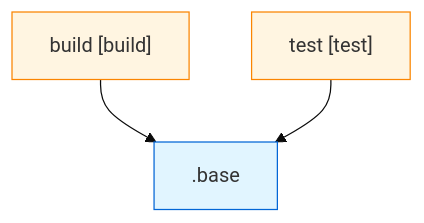
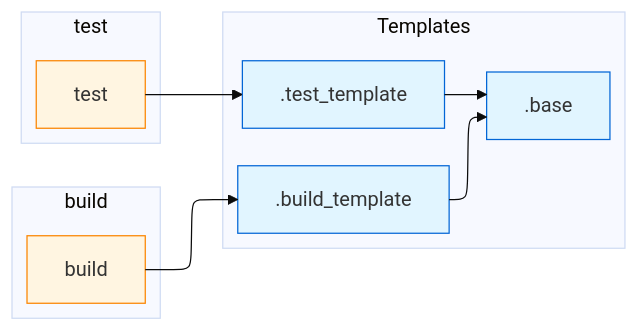
Before and after one commit to noxify/gitlab-ci-builder: the diagram in README.md, drawn with Mermaid (base theme). The commit also changed other lines of this file and 13 other files, not shown here.

````diff
--- a/README.md
+++ b/README.md
@@ -475,11 +475,29 @@
 ```mermaid
-graph TD
-  n0["build [build]"]:::job
-  n1[".base"]:::template
-  n2["test [test]"]:::job
-  n0 --> n1
-  n2 --> n1
+---
+config:
+  layout: elk
+---
+graph LR
   classDef template fill:#e1f5ff,stroke:#0366d6
   classDef job fill:#fff5e1,stroke:#fb8500
   classDef remote fill:#ffe1f5,stroke:#c026d3
+
+  subgraph Templates
+    n1[".build_template"]:::template
+    n2[".base"]:::template
+    n4[".test_template"]:::template
+  end
+
+  subgraph "build"
+    n0["build"]:::job
+  end
+
+  subgraph "test"
+    n3["test"]:::job
+  end
+
+  n0 --> n1
+  n1 --> n2
+  n3 --> n4
+  n4 --> n2
 ```
````
